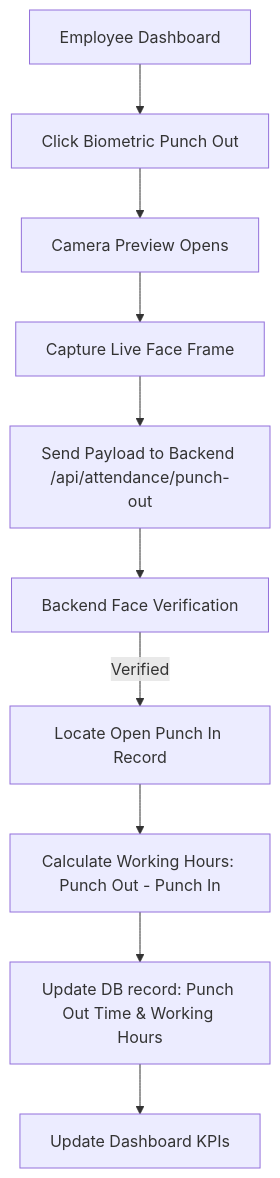
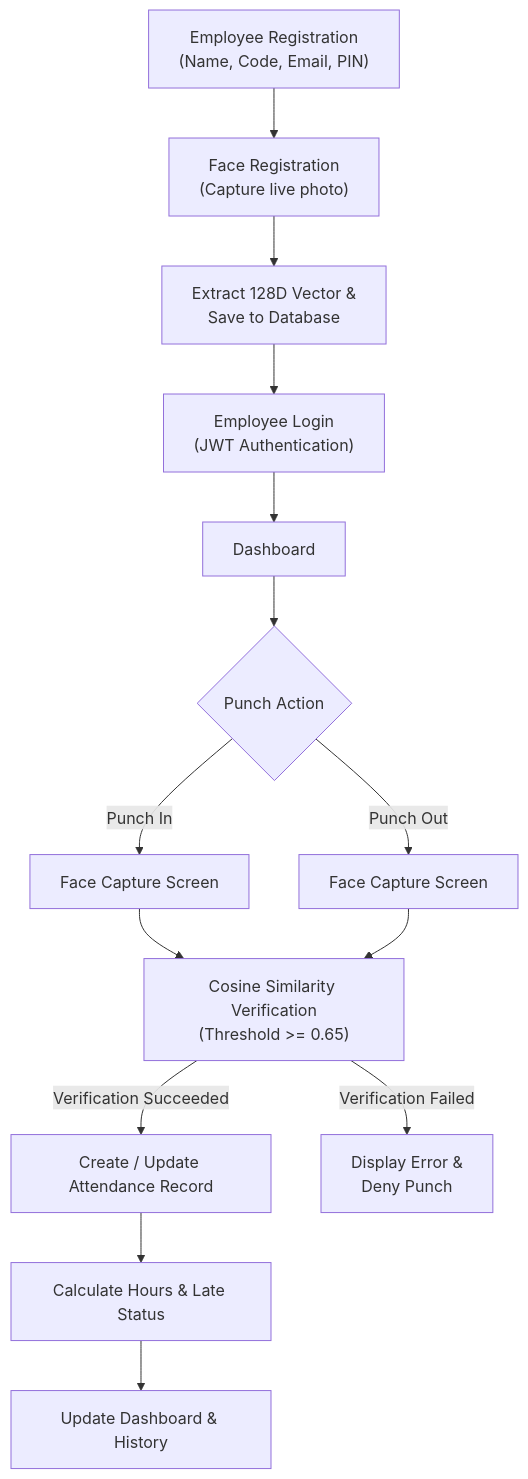
The second of 2 diagrams in README.md (AarohamTech/Harmony_Attendance), drawn with Mermaid before and after one commit. The commit also changed other lines of this file, not shown here.

First line of the commit message:
Revise README for Harmony AI Attendance branding and details

````diff
--- a/README.md
+++ b/README.md
@@ -77,12 +234,16 @@
 ```mermaid
 flowchart TD
-    A[Employee Dashboard] --> B[Click Biometric Punch Out]
-    B --> C[Camera Preview Opens]
-    C --> D[Capture Live Face Frame]
-    D --> E[Send Payload to Backend /api/attendance/punch-out]
-    E --> F[Backend Face Verification]
-    F -->|Verified| G[Locate Open Punch In Record]
-    G --> H[Calculate Working Hours: Punch Out - Punch In]
-    H --> I[Update DB record: Punch Out Time & Working Hours]
-    I --> J[Update Dashboard KPIs]
+    A["Employee Registration\n(Name, Code, Email, PIN)"] --> B["Face Registration\n(Capture live photo)"]
+    B --> C["Extract 128D Vector &\nSave to Database"]
+    C --> D["Employee Login\n(JWT Authentication)"]
+    D --> E["Dashboard"]
+    E --> F{"Punch Action"}
+    F -->|Punch In| G["Face Capture Screen"]
+    F -->|Punch Out| H["Face Capture Screen"]
+    G --> I["Cosine Similarity Verification\n(Threshold >= 0.65)"]
+    H --> I
+    I -->|Verification Succeeded| J["Create / Update Attendance Record"]
+    I -->|Verification Failed| K["Display Error &\nDeny Punch"]
+    J --> L["Calculate Hours & Late Status"]
+    L --> M["Update Dashboard & History"]
 ```
````
